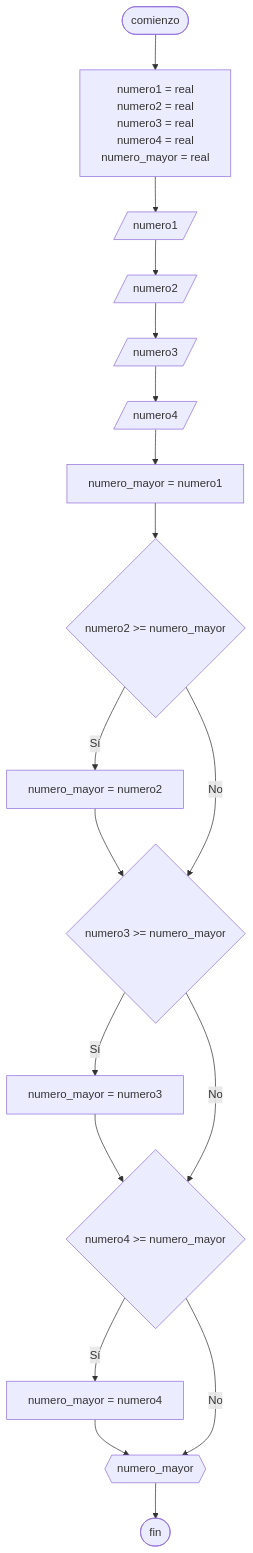
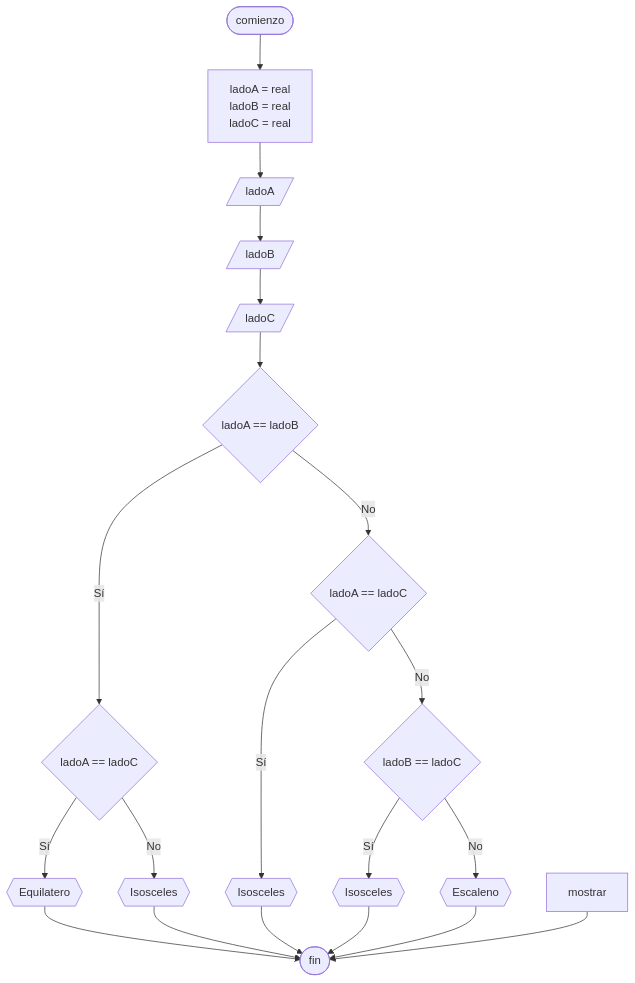
One commit to martinstanicio/ingenieria-en-sistemas changed the diagram in Algoritmos y Estructuras de Datos/Actividades/20240430 - Tipo de triángulo.md. Above: the diagram before and after it, drawn with Mermaid. The commit also changed other lines of this file, not shown here.

Commit message:
vault backup: 2024-05-01 12:11:32

````diff
--- a/Algoritmos y Estructuras de Datos/Actividades/20240430 - Tipo de triángulo.md
+++ b/Algoritmos y Estructuras de Datos/Actividades/20240430 - Tipo de triángulo.md
@@ -37,40 +38,39 @@
 ```mermaid
 flowchart TB
 	comienzo([comienzo])
-
-	variables["`numero1 = real
-	numero2 = real
-	numero3 = real
-	numero4 = real
-	numero_mayor = real`"]
-
-	leer1[/numero1/]
-    leer2[/numero2/]
-    leer3[/numero3/]
-    leer4[/numero4/]
-
-    numero_mayor[numero_mayor = numero1]
-
-    si2{numero2 >= numero_mayor}
-	mayor2["numero_mayor = numero2"]
-
-    si3{numero3 >= numero_mayor}
-	mayor3["numero_mayor = numero3"]
-
-    si4{numero4 >= numero_mayor}
-	mayor4["numero_mayor = numero4"]
-
-    mostrar{{"numero_mayor"}}
-
+    
+	variables["`ladoA = real
+	ladoB = real
+	ladoC = real`"]
+    
+	leerA[/ladoA/]
+    leerB[/ladoB/]
+    leerC[/ladoC/]
+    
+    si1{ladoA == ladoB}
+    
+	si2{ladoA == ladoC}
+	si2si{{Equilatero}}
+	si2no{{Isosceles}}
+    
+    si3{ladoA == ladoC}
+	si3si{{Isosceles}}
+    
+    si4{ladoB == ladoC}
+	si4si{{Isosceles}}
+	si4no{{Escaleno}}
+    
 	fin([fin])
-
-	comienzo --> variables --> leer1 --> leer2 --> leer3 --> leer4 --> numero_mayor --> si2
-	si2 -- Sí --> mayor2 --> si3
-	si2 -- No --> si3
-	si3 -- Sí --> mayor3 --> si4
+    
+	comienzo --> variables --> leerA --> leerB --> leerC --> si1
+	si1 -- Sí --> si2
+	si1 -- No --> si3
+	si2 -- Sí --> si2si --> fin
+	si2 -- No --> si2no --> fin
+	si3 -- Sí --> si3si --> fin
 	si3 -- No --> si4
-	si4 -- Sí --> mayor4 --> mostrar
-	si4 -- No --> mostrar
+	si4 -- Sí --> si4si --> fin
+	si4 -- No --> si4no --> fin
 	
 	mostrar --> fin
 ```
````
